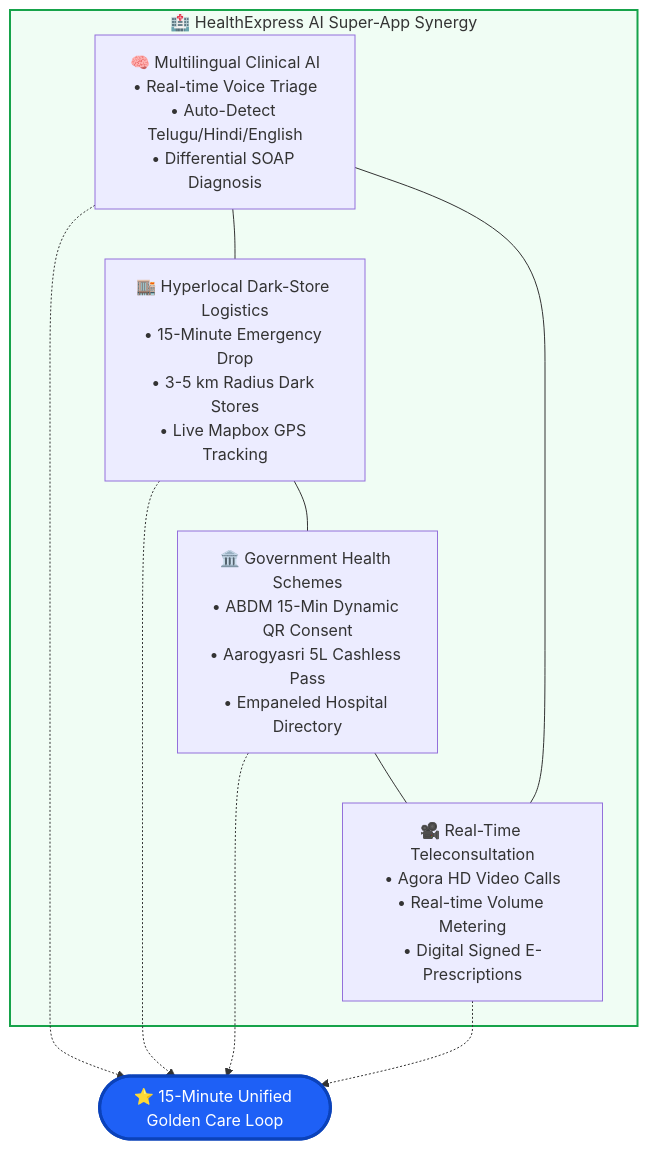
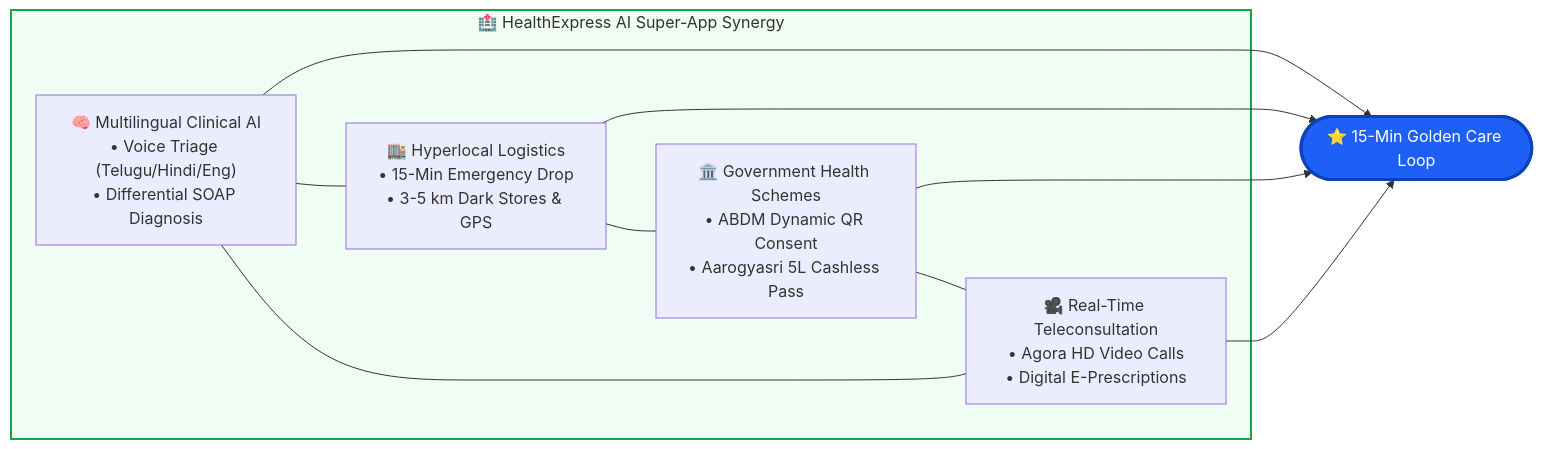
Before and after one commit to pavanstarkin-tech/healthyxpress_medha: the third of 11 diagrams in README.md, drawn with Mermaid. The commit also changed other lines of this file, not shown here.

Commit message:
Docs: Convert all flowcharts and state diagrams to horizontal (LR) orientation to prevent vertical window overflow

````diff
--- a/README.md
+++ b/README.md
@@ -211,22 +214,22 @@
 ```mermaid
-flowchart TD
+flowchart LR
     subgraph HealthExpressSuperApp["🏥 HealthExpress AI Super-App Synergy"]
-        A["🧠 Multilingual Clinical AI<br/>• Real-time Voice Triage<br/>• Auto-Detect Telugu/Hindi/English<br/>• Differential SOAP Diagnosis"]
-        B["🏬 Hyperlocal Dark-Store Logistics<br/>• 15-Minute Emergency Drop<br/>• 3-5 km Radius Dark Stores<br/>• Live Mapbox GPS Tracking"]
-        C["🏛️ Government Health Schemes<br/>• ABDM 15-Min Dynamic QR Consent<br/>• Aarogyasri 5L Cashless Pass<br/>• Empaneled Hospital Directory"]
-        D["🎥 Real-Time Teleconsultation<br/>• Agora HD Video Calls<br/>• Real-time Volume Metering<br/>• Digital Signed E-Prescriptions"]
+        A["🧠 Multilingual Clinical AI<br/>• Voice Triage (Telugu/Hindi/Eng)<br/>• Differential SOAP Diagnosis"]
+        B["🏬 Hyperlocal Logistics<br/>• 15-Min Emergency Drop<br/>• 3-5 km Dark Stores & GPS"]
+        C["🏛️ Government Health Schemes<br/>• ABDM Dynamic QR Consent<br/>• Aarogyasri 5L Cashless Pass"]
+        D["🎥 Real-Time Teleconsultation<br/>• Agora HD Video Calls<br/>• Digital E-Prescriptions"]
     end
 
     A --- B
     B --- C
     C --- D
     D --- A
 
-    A -.-> Core(["⭐ 15-Minute Unified Golden Care Loop"])
-    B -.-> Core
-    C -.-> Core
-    D -.-> Core
+    A --> Core(["⭐ 15-Min Golden Care Loop"])
+    B --> Core
+    C --> Core
+    D --> Core
 
     style HealthExpressSuperApp fill:#F0FDF4,stroke:#16A34A,stroke-width:2px
     style Core fill:#1E60F6,color:#FFFFFF,stroke:#0B42BA,stroke-width:3px
 ```
````
